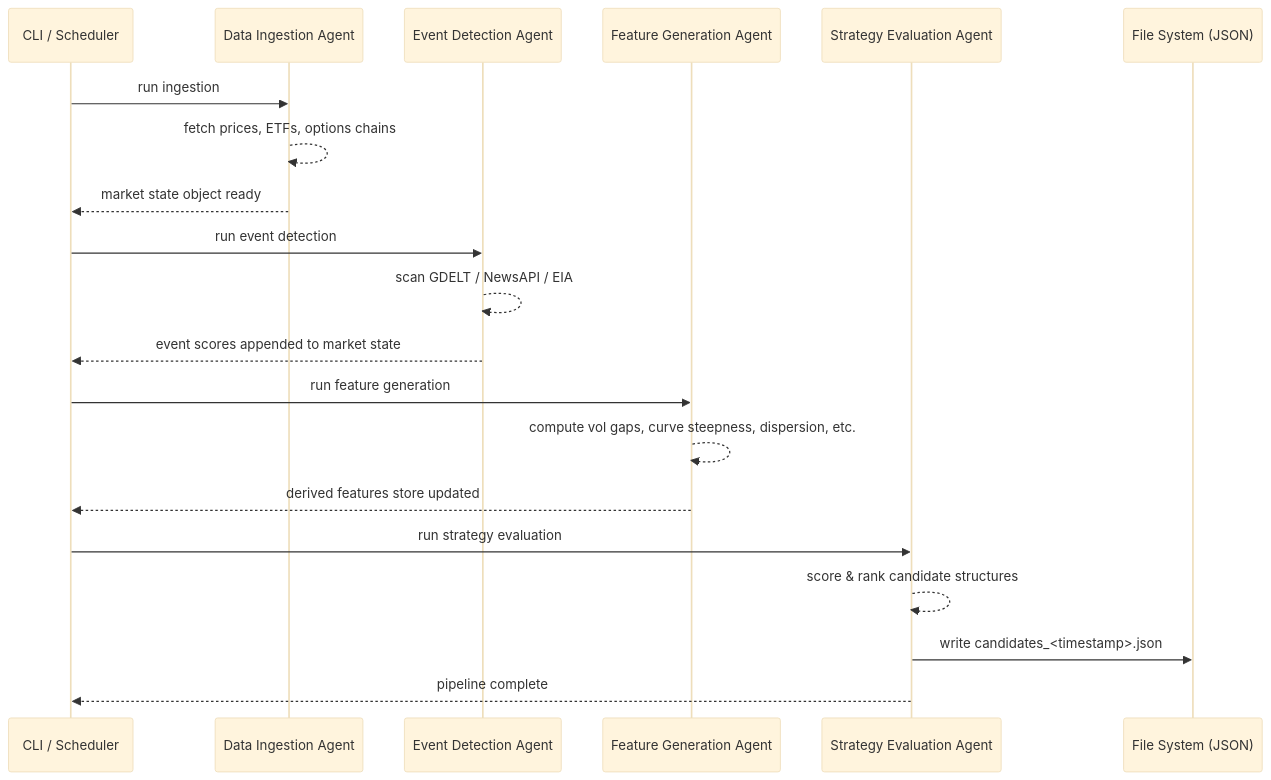
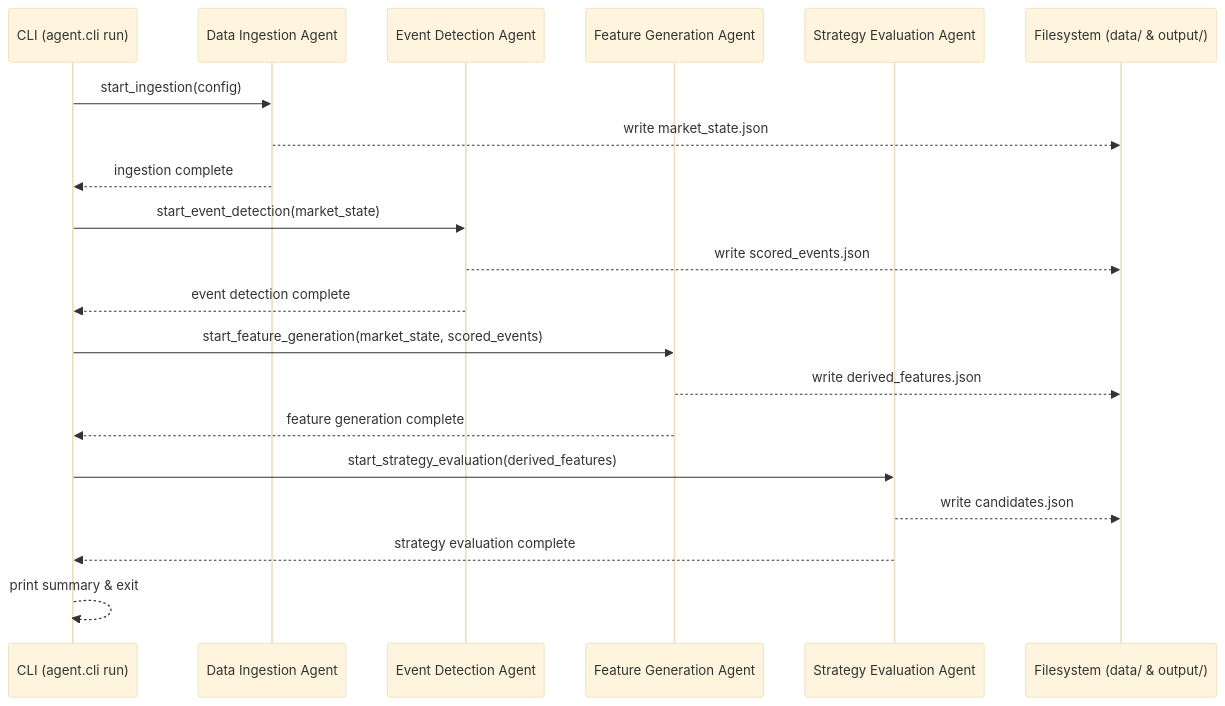
The second of 2 diagrams in docs/generated/user_guide_full-pipeline.md (jeisenback/golden_boy_peanuts), drawn with Mermaid (base theme) before and after one commit. The commit also changed other lines of this file and 4 other files, not shown here.

First line of the commit message:
feat(pipeline): wire run_event_detection() into run_pipeline() (#109) (#123)

````diff
--- a/docs/generated/user_guide_full-pipeline.md
+++ b/docs/generated/user_guide_full-pipeline.md
@@ -206,26 +256,27 @@
 ```mermaid
 sequenceDiagram
-    participant CLI as CLI / Scheduler
-    participant DI as Data Ingestion Agent
-    participant ED as Event Detection Agent
-    participant FG as Feature Generation Agent
-    participant SE as Strategy Evaluation Agent
-    participant FS as File System (JSON)
+    participant CLI as CLI (agent.cli run)
+    participant IA  as Data Ingestion Agent
+    participant EA  as Event Detection Agent
+    participant FA  as Feature Generation Agent
+    participant SA  as Strategy Evaluation Agent
+    participant FS  as Filesystem (data/ & output/)
 
-    CLI->>DI: run ingestion
-    DI-->>DI: fetch prices, ETFs, options chains
-    DI-->>CLI: market state object ready
+    CLI->>IA: start_ingestion(config)
+    IA-->>FS: write market_state.json
+    IA-->>CLI: ingestion complete
 
-    CLI->>ED: run event detection
-    ED-->>ED: scan GDELT / NewsAPI / EIA
-    ED-->>CLI: event scores appended to market state
+    CLI->>EA: start_event_detection(market_state)
+    EA-->>FS: write scored_events.json
+    EA-->>CLI: event detection complete
 
-    CLI->>FG: run feature generation
-    FG-->>FG: compute vol gaps, curve steepness, dispersion, etc.
-    FG-->>CLI: derived features store updated
+    CLI->>FA: start_feature_generation(market_state, scored_events)
+    FA-->>FS: write derived_features.json
+    FA-->>CLI: feature generation complete
 
-    CLI->>SE: run strategy evaluation
-    SE-->>SE: score & rank candidate structures
-    SE->>FS: write candidates_<timestamp>.json
-    SE-->>CLI: pipeline complete
+    CLI->>SA: start_strategy_evaluation(derived_features)
+    SA-->>FS: write candidates.json
+    SA-->>CLI: strategy evaluation complete
+
+    CLI-->>CLI: print summary & exit
 ```
````
